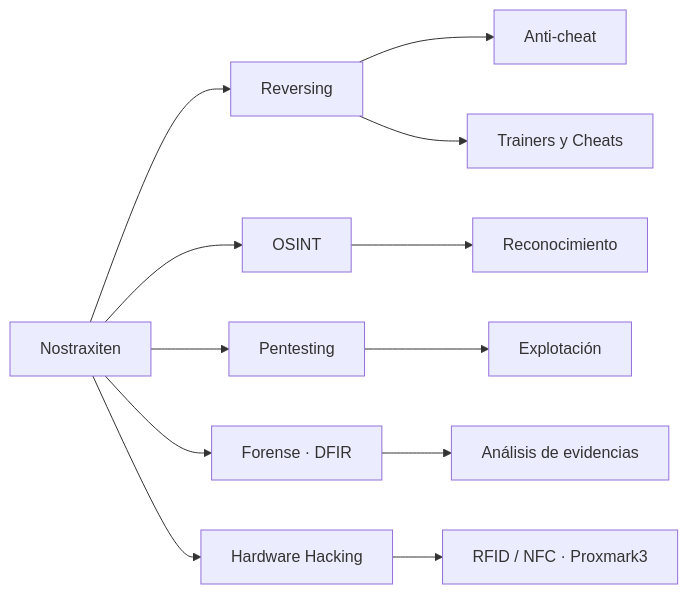
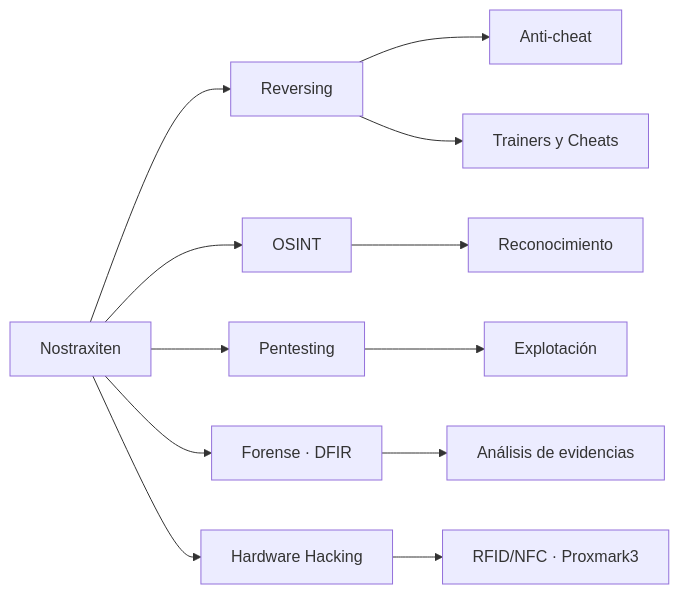
One commit to Nostraxiten/nostraxiten changed the diagram in README.md. Above: the diagram before and after it, drawn with Mermaid. The commit also changed other lines of this file, not shown here.

````diff
--- a/README.md
+++ b/README.md
@@ -72,14 +72,14 @@
 ```mermaid
 graph LR;
     N[Nostraxiten]-->A[Reversing]
     N-->B[OSINT]
     N-->C[Pentesting]
     N-->D[Forense · DFIR]
     N-->E[Hardware Hacking]
     A-->A1[Anti-cheat]
     A-->A2[Trainers y Cheats]
     B-->B1[Reconocimiento]
     C-->C1[Explotación]
     D-->D1[Análisis de evidencias]
-    E-->E1[RFID / NFC · Proxmark3]
+    E-->E1[RFID/NFC · Proxmark3]
 ```
````
